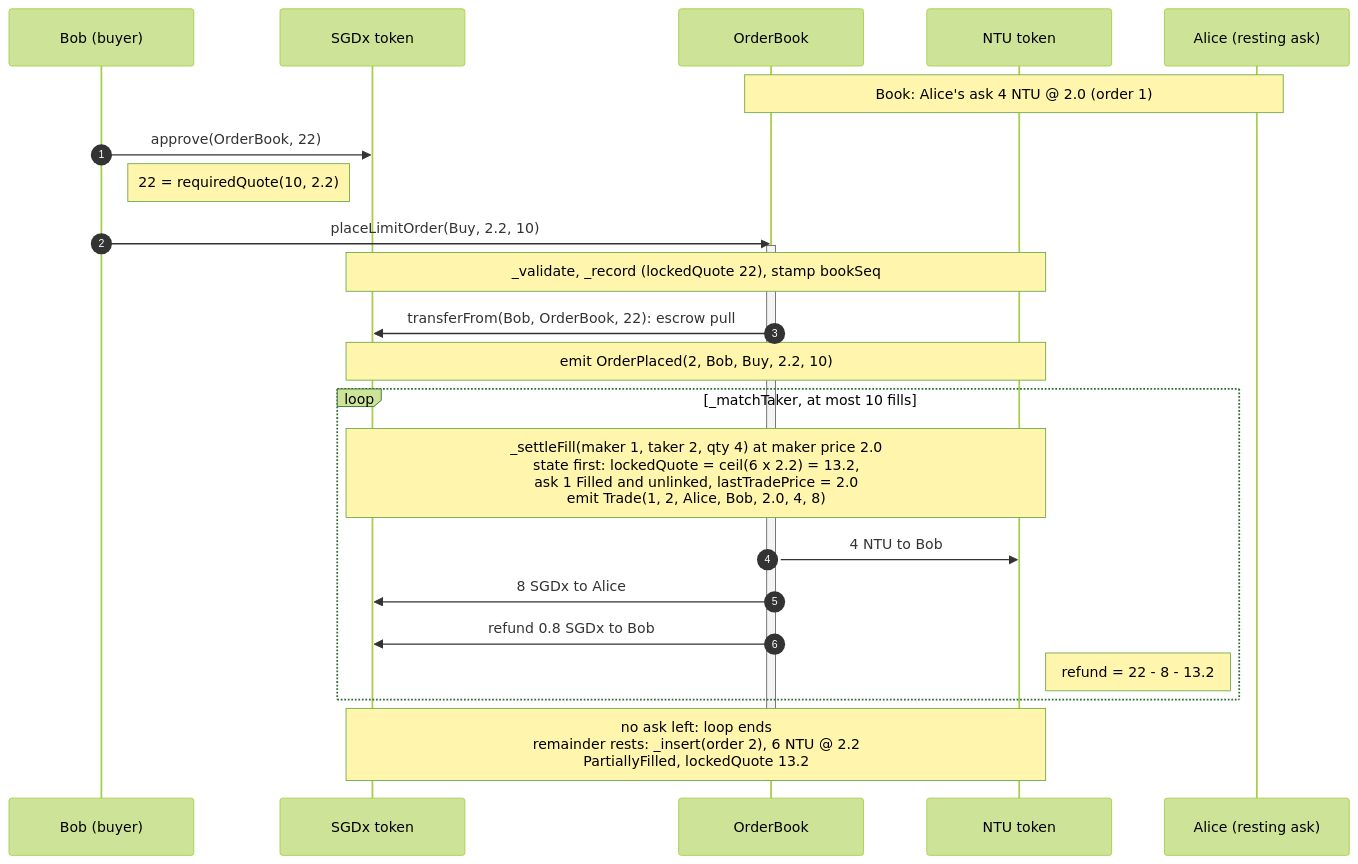
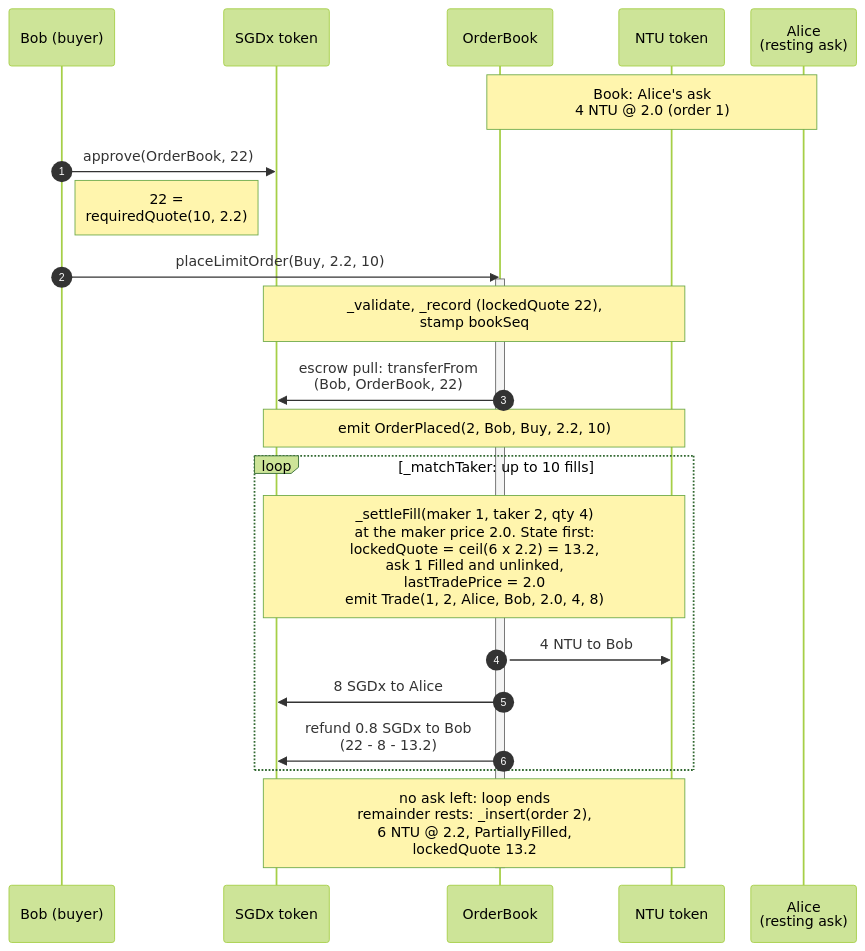
The diagram in docs/report/diagrams/05-partial-fill-sequence.mmd (Nitecry7/SC4053-BlockChain-Project), drawn with Mermaid (forest theme) before and after one commit. The commit also changed 29 other files, not shown here.

```diff
--- a/docs/report/diagrams/05-partial-fill-sequence.mmd
+++ b/docs/report/diagrams/05-partial-fill-sequence.mmd
@@ -1,33 +1,32 @@
 ---
 config:
   sequence:
     wrap: false
-    width: 210
-    actorMargin: 60
+    width: 120
+    actorMargin: 30
     noteMargin: 12
 ---
 sequenceDiagram
   autonumber
   participant Bob as Bob (buyer)
   participant Q as SGDx token
   participant OB as OrderBook
   participant N as NTU token
-  participant Alice as Alice (resting ask)
+  participant Alice as Alice<br/>(resting ask)
 
-  Note over OB,Alice: Book: Alice's ask 4 NTU @ 2.0 (order 1)
+  Note over OB,Alice: Book: Alice's ask<br/>4 NTU @ 2.0 (order 1)
   Bob->>Q: approve(OrderBook, 22)
-  Note right of Bob: 22 = requiredQuote(10, 2.2)
+  Note right of Bob: 22 =<br/>requiredQuote(10, 2.2)
   Bob->>OB: placeLimitOrder(Buy, 2.2, 10)
   activate OB
-  Note over Q,N: _validate, _record (lockedQuote 22), stamp bookSeq
-  OB->>Q: transferFrom(Bob, OrderBook, 22): escrow pull
+  Note over Q,N: _validate, _record (lockedQuote 22),<br/>stamp bookSeq
+  OB->>Q: escrow pull: transferFrom<br/>(Bob, OrderBook, 22)
   Note over Q,N: emit OrderPlaced(2, Bob, Buy, 2.2, 10)
-  loop _matchTaker, at most 10 fills
-    Note over Q,N: _settleFill(maker 1, taker 2, qty 4) at maker price 2.0<br/>state first: lockedQuote = ceil(6 x 2.2) = 13.2,<br/>ask 1 Filled and unlinked, lastTradePrice = 2.0<br/>emit Trade(1, 2, Alice, Bob, 2.0, 4, 8)
+  loop _matchTaker: up to 10 fills
+    Note over Q,N: _settleFill(maker 1, taker 2, qty 4)<br/>at the maker price 2.0. State first:<br/>lockedQuote = ceil(6 x 2.2) = 13.2,<br/>ask 1 Filled and unlinked,<br/>lastTradePrice = 2.0<br/>emit Trade(1, 2, Alice, Bob, 2.0, 4, 8)
     OB->>N: 4 NTU to Bob
     OB->>Q: 8 SGDx to Alice
-    OB->>Q: refund 0.8 SGDx to Bob
-    Note right of N: refund = 22 - 8 - 13.2
+    OB->>Q: refund 0.8 SGDx to Bob<br/>(22 - 8 - 13.2)
   end
-  Note over Q,N: no ask left: loop ends<br/>remainder rests: _insert(order 2), 6 NTU @ 2.2<br/>PartiallyFilled, lockedQuote 13.2
+  Note over Q,N: no ask left: loop ends<br/>remainder rests: _insert(order 2),<br/>6 NTU @ 2.2, PartiallyFilled,<br/>lockedQuote 13.2
   deactivate OB
```
